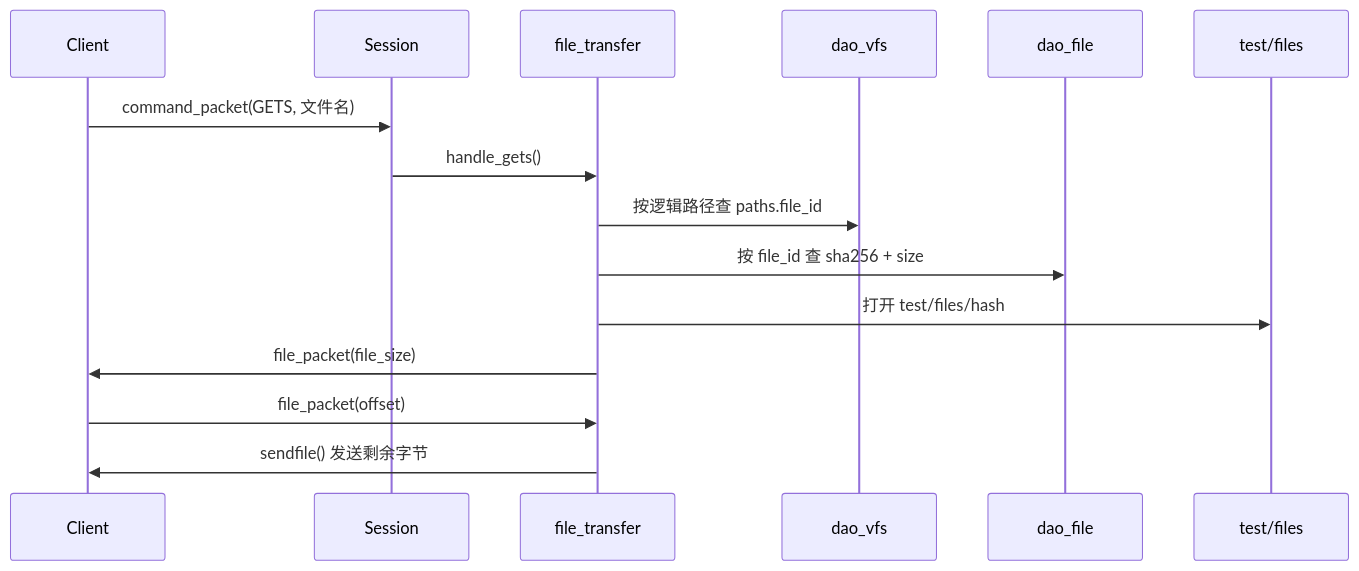
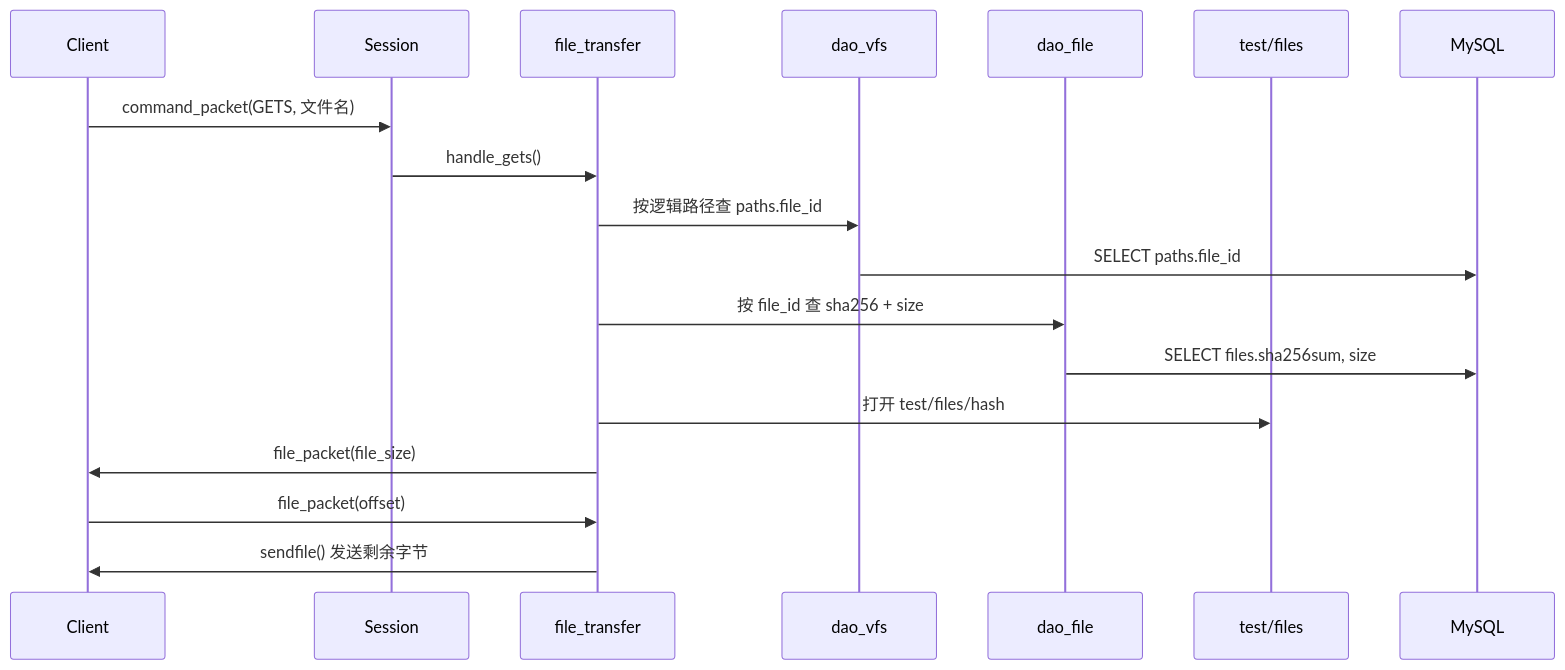
Before and after one commit to panlong-studio/WindCloud_V3: the sixth of 8 diagrams in docs/整体项目架构详解.md, drawn with Mermaid. The commit also changed other lines of this file, not shown here.

````diff
--- a/docs/整体项目架构详解.md
+++ b/docs/整体项目架构详解.md
@@ -595,18 +634,21 @@
 ```mermaid
 sequenceDiagram
     participant C as Client
     participant S as Session
     participant FT as file_transfer
     participant VFS as dao_vfs
     participant DF as dao_file
     participant Disk as test/files
+    participant DB as MySQL
 
     C->>S: command_packet(GETS, 文件名)
     S->>FT: handle_gets()
     FT->>VFS: 按逻辑路径查 paths.file_id
+    VFS->>DB: SELECT paths.file_id
     FT->>DF: 按 file_id 查 sha256 + size
+    DF->>DB: SELECT files.sha256sum, size
     FT->>Disk: 打开 test/files/hash
     FT->>C: file_packet(file_size)
     C->>FT: file_packet(offset)
     FT->>C: sendfile() 发送剩余字节
 ```
````
